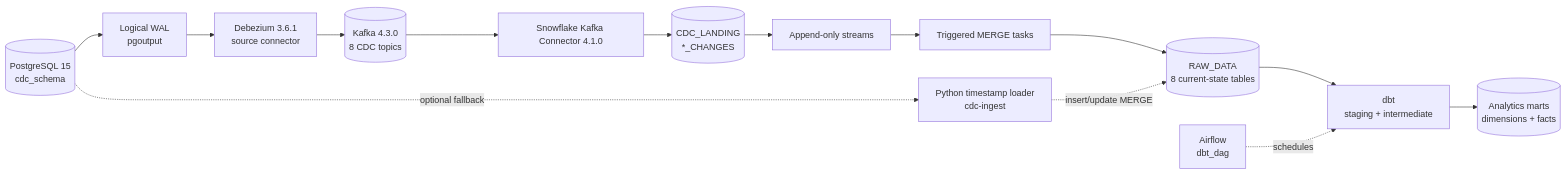
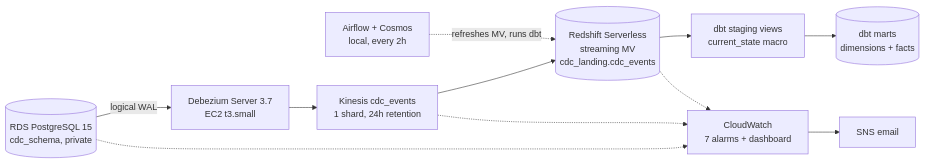
One commit to saifallah1234/real-time-sales-analytics-pipeline changed the diagram in README.md. Above: the diagram before and after it, drawn with Mermaid. The commit also changed other lines of this file, not shown here.

````diff
--- a/README.md
+++ b/README.md
@@ -26,21 +27,19 @@
 ```mermaid
 flowchart LR
-    PG[(PostgreSQL 15<br/>cdc_schema)]
-    WAL[Logical WAL<br/>pgoutput]
-    DBZ[Debezium 3.6.1<br/>source connector]
-    K[(Kafka 4.3.0<br/>8 CDC topics)]
-    SINK[Snowflake Kafka Connector 4.1.0]
-    LAND[(CDC_LANDING<br/>*_CHANGES)]
-    STREAM[Append-only streams]
-    TASK[Triggered MERGE tasks]
-    RAW[(RAW_DATA<br/>8 current-state tables)]
-    DBT[dbt<br/>staging + intermediate]
-    MART[(Analytics marts<br/>dimensions + facts)]
-    POLL[Python timestamp loader<br/>cdc-ingest]
-    AIRFLOW[Airflow<br/>dbt_dag]
+    PG[(RDS PostgreSQL 15<br/>cdc_schema, private)]
+    DBZ[Debezium Server 3.7<br/>EC2 t3.small]
+    K[Kinesis cdc_events<br/>1 shard, 24h retention]
+    MV[(Redshift Serverless<br/>streaming MV<br/>cdc_landing.cdc_events)]
+    STG[dbt staging views<br/>current_state macro]
+    MART[(dbt marts<br/>dimensions + facts)]
+    AF[Airflow + Cosmos<br/>local, every 2h]
+    CW[CloudWatch<br/>7 alarms + dashboard]
+    SNS[SNS email]
 
-    PG --> WAL --> DBZ --> K --> SINK --> LAND --> STREAM --> TASK --> RAW
-    RAW --> DBT --> MART
-    PG -. optional fallback .-> POLL -. insert/update MERGE .-> RAW
-    AIRFLOW -. schedules .-> DBT
+    PG -- logical WAL --> DBZ --> K --> MV --> STG --> MART
+    AF -. refreshes MV, runs dbt .-> MV
+    PG -.-> CW
+    K -.-> CW
+    MV -.-> CW
+    CW --> SNS
 ```
````
